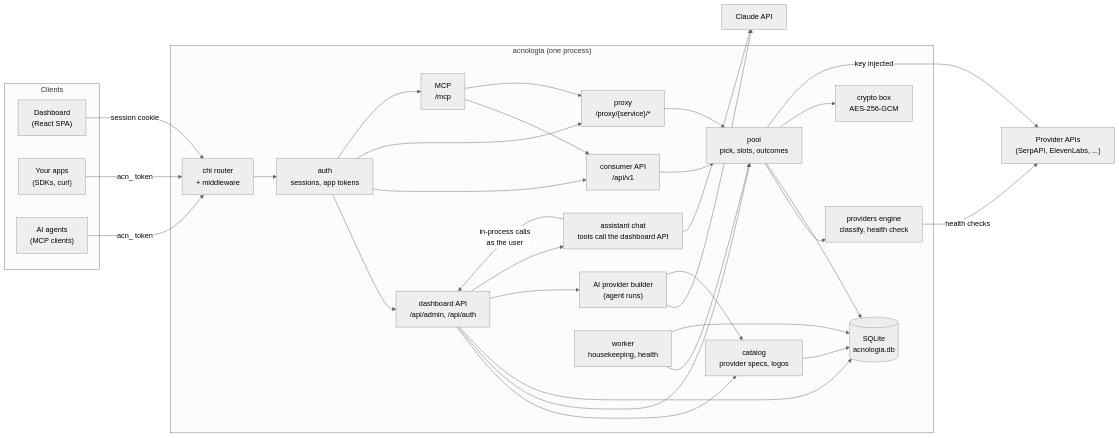
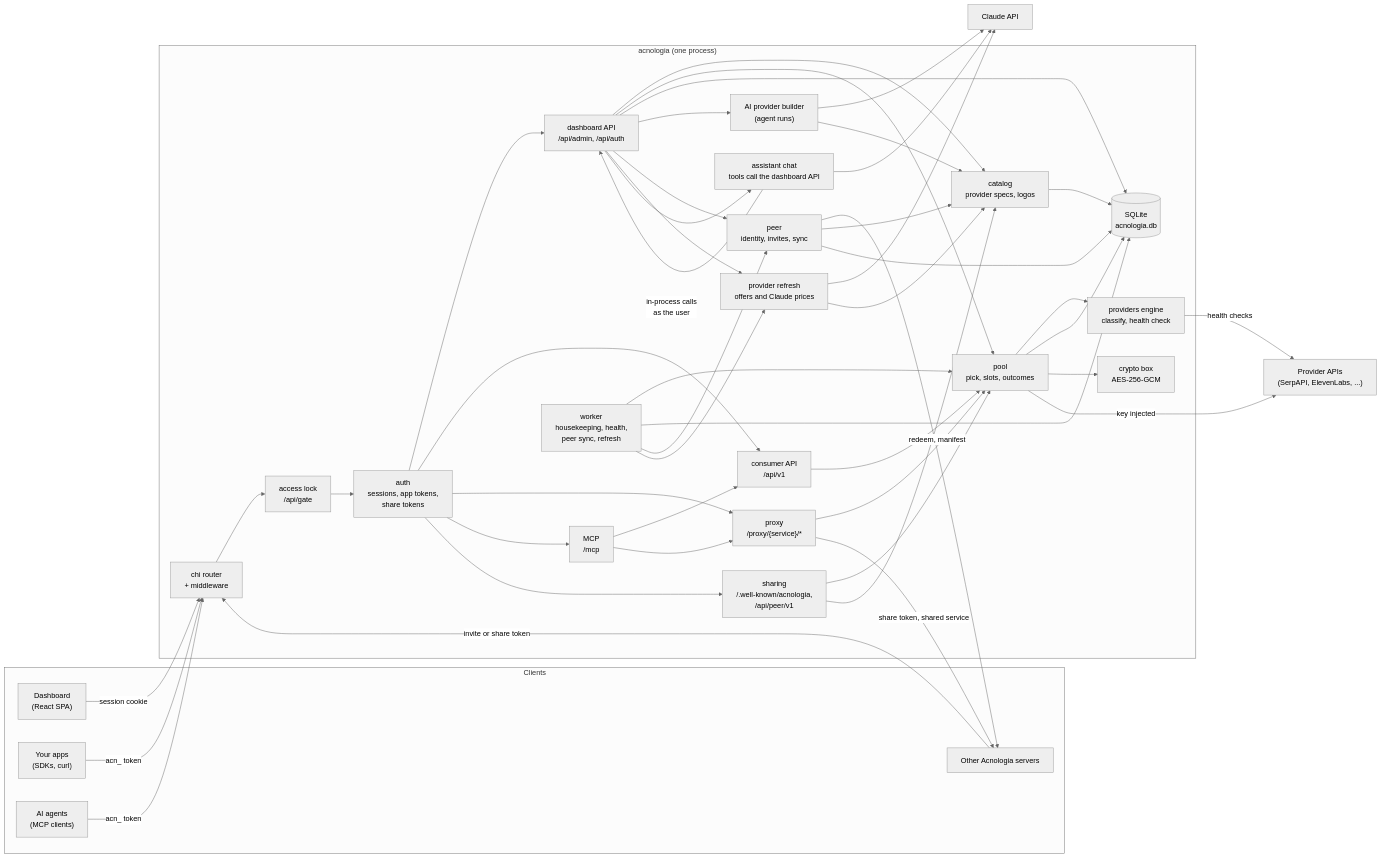
One commit to sidharthpunathil/acnologia changed the first of 6 diagrams in docs/architecture.md. Above: the diagram before and after it, drawn with Mermaid (neutral theme). The commit also changed other lines of this file and 1 other file, not shown here.

First line of the commit message:
Bring the architecture doc up to date with sharing and the refresh

````diff
--- a/docs/architecture.md
+++ b/docs/architecture.md
@@ -8,48 +8,63 @@
 ```mermaid
 flowchart LR
     subgraph Clients
         UI["Dashboard<br/>(React SPA)"]
         App["Your apps<br/>(SDKs, curl)"]
         Agent["AI agents<br/>(MCP clients)"]
+        Peer["Other Acnologia servers"]
     end
 
     subgraph Acnologia["acnologia (one process)"]
         Router["chi router<br/>+ middleware"]
-        Auth["auth<br/>sessions, app tokens"]
+        Gate["access lock<br/>/api/gate"]
+        Auth["auth<br/>sessions, app tokens,<br/>share tokens"]
         Admin["dashboard API<br/>/api/admin, /api/auth"]
         Consumer["consumer API<br/>/api/v1"]
         Proxy["proxy<br/>/proxy/{service}/*"]
         MCP["MCP<br/>/mcp"]
+        PeerAPI["sharing<br/>/.well-known/acnologia,<br/>/api/peer/v1"]
+        PeerPkg["peer<br/>identity, invites, sync"]
         Pool["pool<br/>pick, slots, outcomes"]
         Engine["providers engine<br/>classify, health check"]
         Catalog["catalog<br/>provider specs, logos"]
         AIB["AI provider builder<br/>(agent runs)"]
         Chat["assistant chat<br/>tools call the dashboard API"]
-        Worker["worker<br/>housekeeping, health"]
+        Refresh["provider refresh<br/>offers and Claude prices"]
+        Worker["worker<br/>housekeeping, health,<br/>peer sync, refresh"]
         Store[("SQLite<br/>acnologia.db")]
         Box["crypto box<br/>AES-256-GCM"]
     end
 
     Upstream["Provider APIs<br/>(SerpAPI, ElevenLabs, ...)"]
     Claude["Claude API"]
 
     UI -->|session cookie| Router
     App -->|acn_ token| Router
     Agent -->|acn_ token| Router
-    Router --> Auth
-    Auth --> Admin & Consumer & Proxy & MCP
+    Peer -->|"invite or share token"| Router
+    Router --> Gate
+    Gate --> Auth
+    Auth --> Admin & Consumer & Proxy & MCP & PeerAPI
     Admin --> Catalog & Pool & Store & AIB
     Consumer --> Pool
     Proxy --> Pool
     MCP --> Consumer & Proxy
     Pool --> Engine & Store & Box
     Pool -->|key injected| Upstream
+    Proxy -->|"share token, shared service"| Peer
+    PeerAPI --> Pool & Catalog
+    Admin --> PeerPkg
+    PeerPkg -->|"redeem, manifest"| Peer
+    PeerPkg --> Catalog & Store
     Engine -->|health checks| Upstream
-    Worker --> Pool & Store
+    Worker --> Pool & Store & PeerPkg & Refresh
+    Admin --> Refresh
+    Refresh --> Claude
+    Refresh --> Catalog
     AIB --> Claude
     Admin --> Chat
     Chat -->|"in-process calls<br/>as the user"| Admin
     Chat --> Claude
     AIB --> Catalog
     Catalog --> Store
 ```
````
